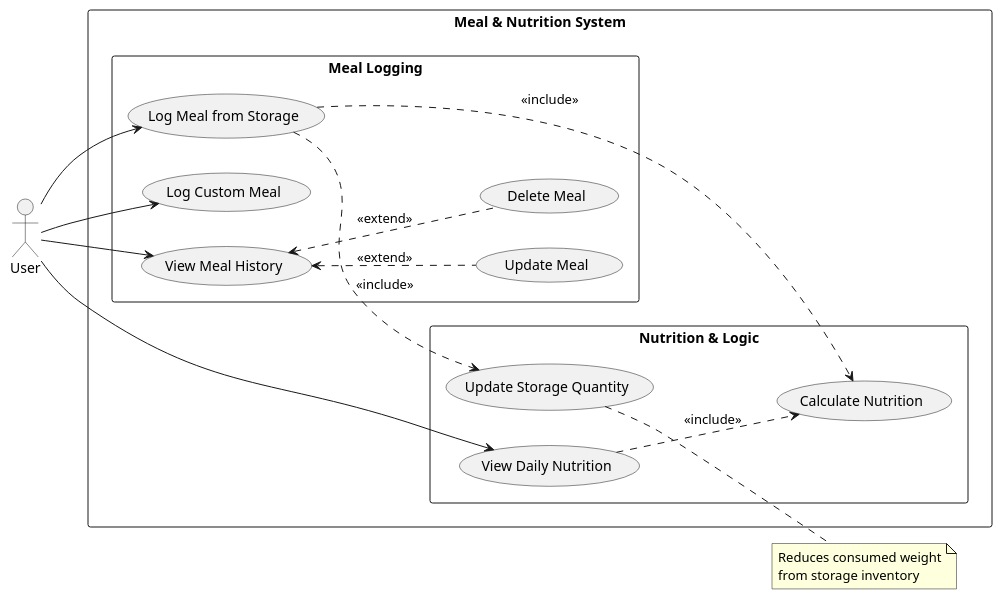
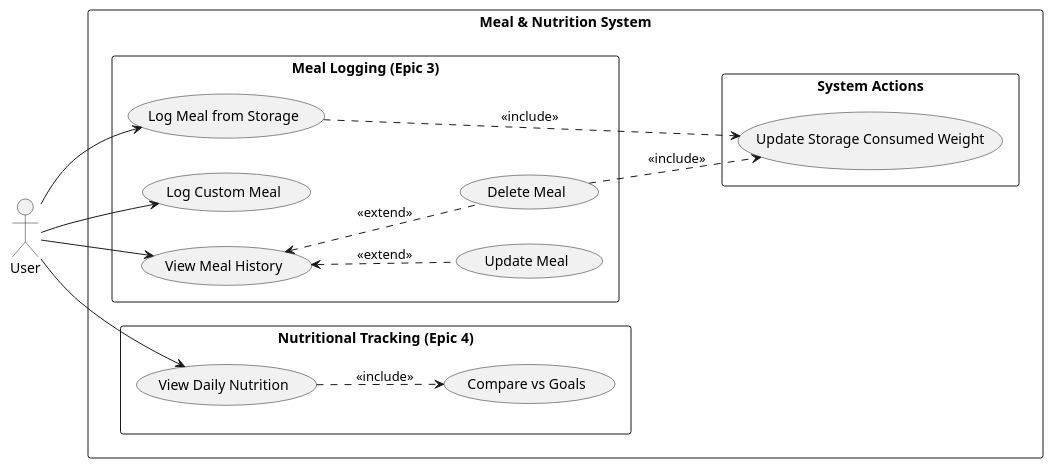
One commit to alfredbrannare/automagic-foodtracker-backend changed the diagram in docs/system_documentation/diagrams/usecase/meals_management.puml. Above: the diagram before and after it, drawn with PlantUML. The commit also changed 2 other files, not shown here.

```diff
--- a/docs/system_documentation/diagrams/usecase/meals_management.puml
+++ b/docs/system_documentation/diagrams/usecase/meals_management.puml
@@ -1,44 +1,42 @@
 @startuml
 left to right direction
 skinparam packageStyle rectangle
 
 actor "User" as User
 
 rectangle "Meal & Nutrition System" {
 
-  package "Meal Logging" {
+  package "Meal Logging (Epic 3)" {
     usecase "Log Meal from Storage" as UC_LogStore
     usecase "Log Custom Meal" as UC_LogCustom
     usecase "View Meal History" as UC_History
     usecase "Update Meal" as UC_UpdMeal
     usecase "Delete Meal" as UC_DelMeal
   }
 
-  package "Nutrition & Logic" {
-    usecase "Calculate Nutrition" as UC_Calc
+  package "Nutritional Tracking (Epic 4)" {
     usecase "View Daily Nutrition" as UC_Daily
-    usecase "Update Storage Quantity" as UC_UpdStoreQty
+    usecase "Compare vs Goals" as UC_CompGoals
+  }
+
+  package "System Actions" {
+    usecase "Update Storage Consumed Weight" as UC_UpdStoreQty
   }
 }
 
-' User Actions
 User --> UC_LogStore
 User --> UC_LogCustom
 User --> UC_History
 User --> UC_Daily
 
-' Logic Relationships
-UC_LogStore ..> UC_Calc : <<include>>
+
 UC_LogStore ..> UC_UpdStoreQty : <<include>>
-UC_Daily ..> UC_Calc : <<include>>
 
-' Extensions (Actions from history)
+UC_Daily ..> UC_CompGoals : <<include>>
+
 UC_History <.. UC_UpdMeal : <<extend>>
 UC_History <.. UC_DelMeal : <<extend>>
 
-note right of UC_UpdStoreQty
-  Reduces consumed weight
-  from storage inventory
-end note
+UC_DelMeal ..> UC_UpdStoreQty : <<include>>
 
 @enduml
```
